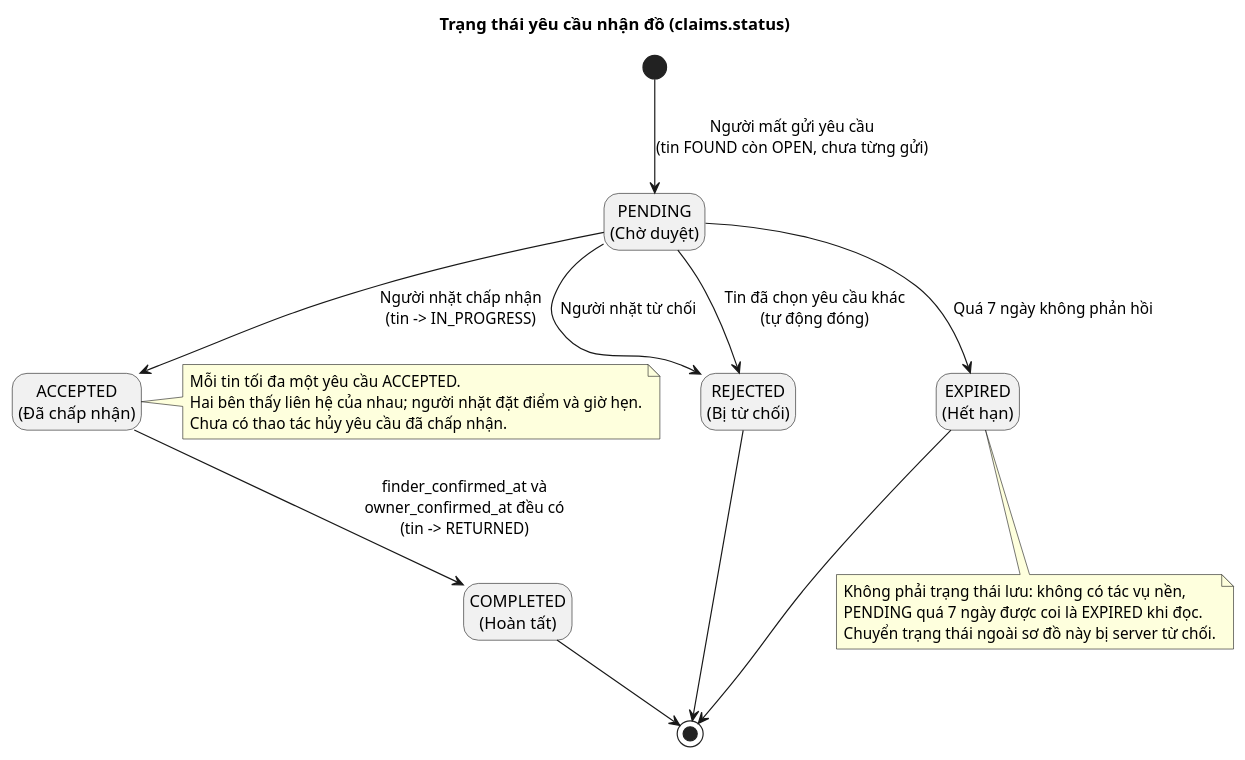
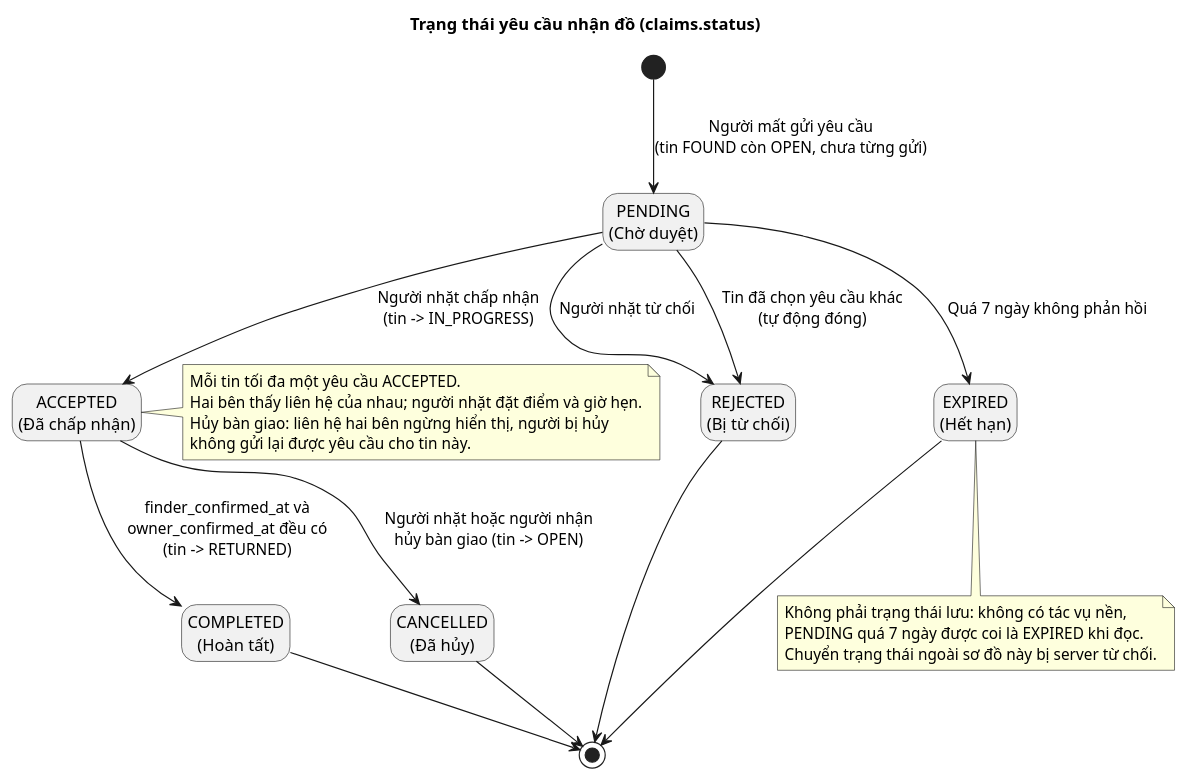
One commit to JohnnyPhan1712/unifound changed the diagram in docs/02_reports/assets/state_diagram_claim.puml. Above: the diagram before and after it, drawn with PlantUML. The commit also changed 16 other files, not shown here.

```diff
--- a/docs/02_reports/assets/state_diagram_claim.puml
+++ b/docs/02_reports/assets/state_diagram_claim.puml
@@ -1,37 +1,41 @@
 @startuml UniFoundClaimState
 skinparam shadowing false
 skinparam defaultFontName Arial
 hide empty description
 
 title Trạng thái yêu cầu nhận đồ (claims.status)
 
 [*] --> PENDING : Người mất gửi yêu cầu\n(tin FOUND còn OPEN, chưa từng gửi)
 
 state "PENDING\n(Chờ duyệt)" as PENDING
 state "ACCEPTED\n(Đã chấp nhận)" as ACCEPTED
 state "REJECTED\n(Bị từ chối)" as REJECTED
 state "COMPLETED\n(Hoàn tất)" as COMPLETED
 state "EXPIRED\n(Hết hạn)" as EXPIRED
+state "CANCELLED\n(Đã hủy)" as CANCELLED
 
 PENDING --> ACCEPTED : Người nhặt chấp nhận\n(tin -> IN_PROGRESS)
 PENDING --> REJECTED : Người nhặt từ chối
 PENDING --> REJECTED : Tin đã chọn yêu cầu khác\n(tự động đóng)
 PENDING --> EXPIRED : Quá 7 ngày không phản hồi
 ACCEPTED --> COMPLETED : finder_confirmed_at và\nowner_confirmed_at đều có\n(tin -> RETURNED)
+ACCEPTED --> CANCELLED : Người nhặt hoặc người nhận\nhủy bàn giao (tin -> OPEN)
 
 REJECTED --> [*]
 EXPIRED --> [*]
+CANCELLED --> [*]
 COMPLETED --> [*]
 
 note right of ACCEPTED
   Mỗi tin tối đa một yêu cầu ACCEPTED.
   Hai bên thấy liên hệ của nhau; người nhặt đặt điểm và giờ hẹn.
-  Chưa có thao tác hủy yêu cầu đã chấp nhận.
+  Hủy bàn giao: liên hệ hai bên ngừng hiển thị, người bị hủy
+  không gửi lại được yêu cầu cho tin này.
 end note
 
 note bottom of EXPIRED
   Không phải trạng thái lưu: không có tác vụ nền,
   PENDING quá 7 ngày được coi là EXPIRED khi đọc.
   Chuyển trạng thái ngoài sơ đồ này bị server từ chối.
 end note
 @enduml
```
